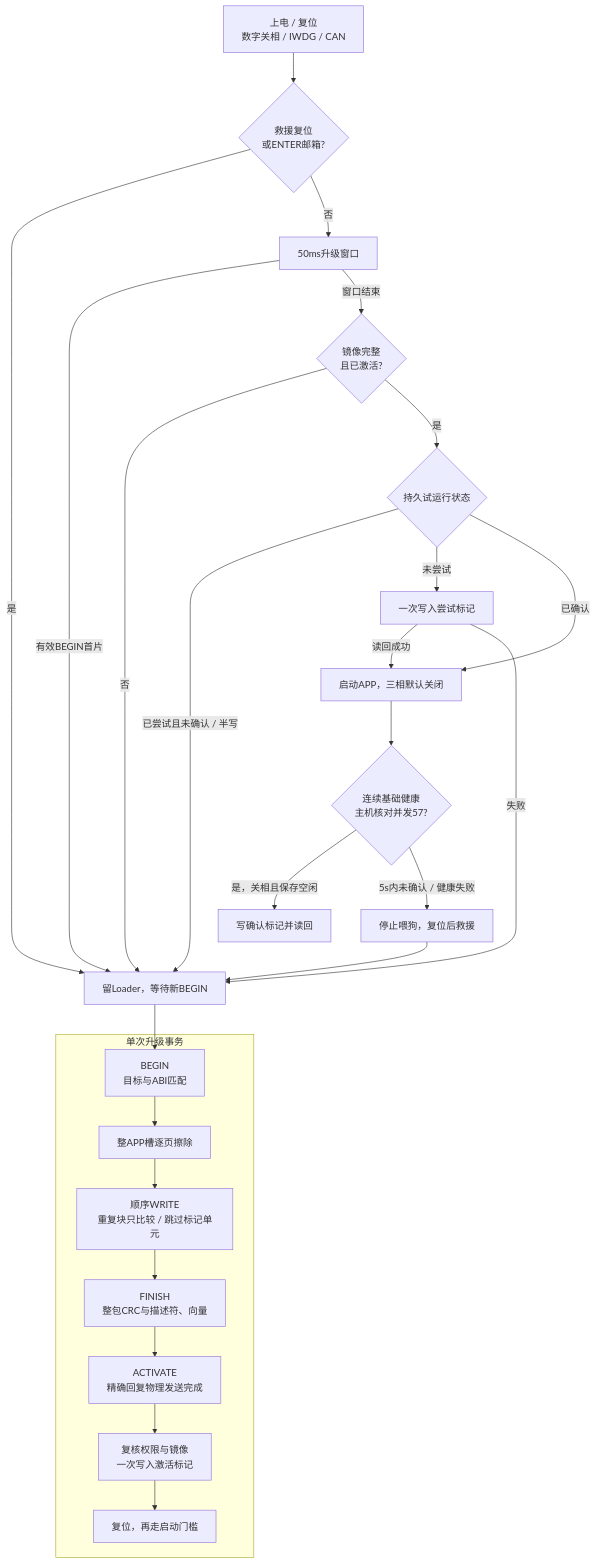
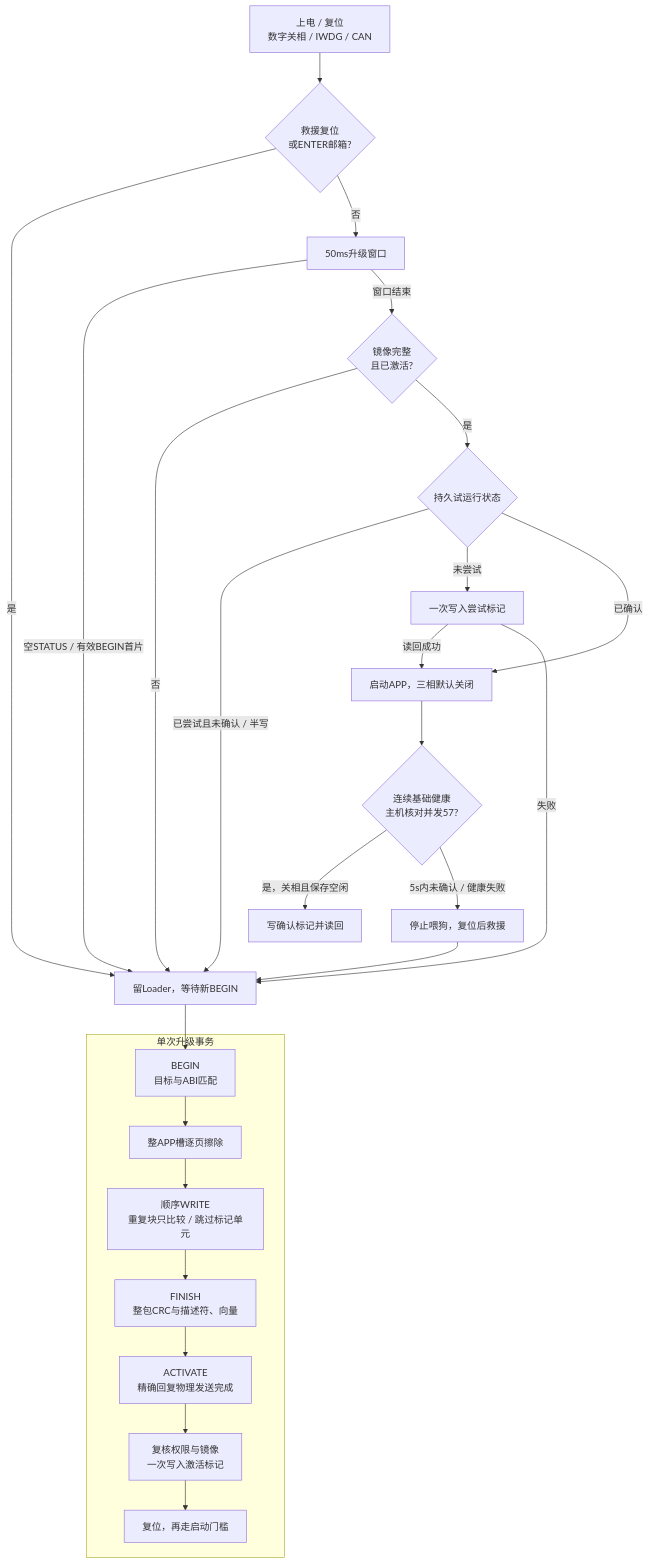
Before and after one commit to haoyang877/Vector_Mini_ST_Firmware: the second of 2 diagrams in docs/architecture/loader/loader_product_v3.md, drawn with Mermaid. The commit also changed other lines of this file and 18 other files, not shown here.

````diff
--- a/docs/architecture/loader/loader_product_v3.md
+++ b/docs/architecture/loader/loader_product_v3.md
@@ -32,29 +32,29 @@
 ```mermaid
 flowchart TB
     S[上电 / 复位<br/>数字关相 / IWDG / CAN] --> R{救援复位<br/>或ENTER邮箱?}
     R -->|是| L[留Loader，等待新BEGIN]
     R -->|否| W[50ms升级窗口]
-    W -->|有效BEGIN首片| L
+    W -->|空STATUS / 有效BEGIN首片| L
     W -->|窗口结束| V{镜像完整<br/>且已激活?}
     V -->|否| L
     V -->|是| T{持久试运行状态}
     T -->|已尝试且未确认 / 半写| L
     T -->|未尝试| M[一次写入尝试标记]
     T -->|已确认| A[启动APP，三相默认关闭]
     M -->|读回成功| A
     M -->|失败| L
     A --> H{连续基础健康<br/>主机核对并发57?}
     H -->|是，关相且保存空闲| C[写确认标记并读回]
     H -->|5s内未确认 / 健康失败| D[停止喂狗，复位后救援]
     D --> L
 
     subgraph Upgrade[单次升级事务]
         B[BEGIN<br/>目标与ABI匹配] --> E[整APP槽逐页擦除]
         E --> Q[顺序WRITE<br/>重复块只比较 / 跳过标记单元]
         Q --> F[FINISH<br/>整包CRC与描述符、向量]
         F --> K[ACTIVATE<br/>精确回复物理发送完成]
         K --> G[复核权限与镜像<br/>一次写入激活标记]
         G --> X[复位，再走启动门槛]
     end
     L --> B
 ```
````
